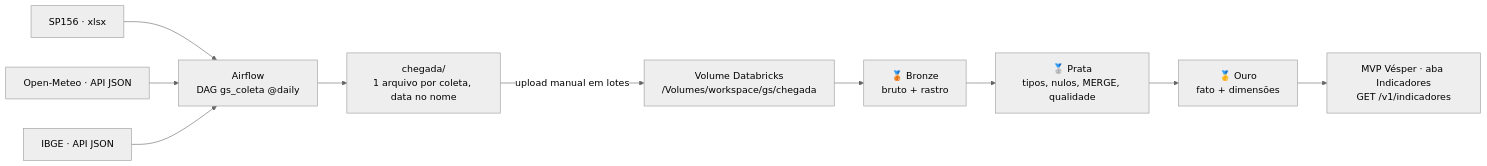
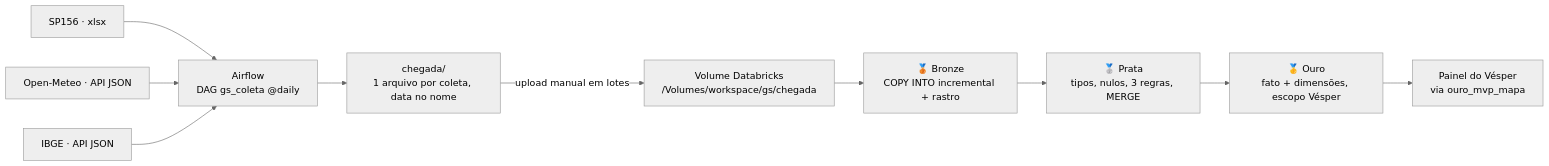
Before and after one commit to guilhermedaher10/Global-Solution_CitzenTech_2026: the diagram in 02-big-data/README.md, drawn with Mermaid (neutral theme). The commit also changed other lines of this file and 5 other files, not shown here.

First line of the commit message:
big-data: bronze incremental, prata com regras, ouro no escopo e painel (#55)

````diff
--- a/02-big-data/README.md
+++ b/02-big-data/README.md
@@ -29,12 +33,12 @@
 ```mermaid
 flowchart LR
     A[SP156 · xlsx] --> D[Airflow<br/>DAG gs_coleta @daily]
     B[Open-Meteo · API JSON] --> D
     C[IBGE · API JSON] --> D
     D --> E[chegada/<br/>1 arquivo por coleta, data no nome]
     E -->|upload manual em lotes| F[Volume Databricks<br/>/Volumes/workspace/gs/chegada]
-    F --> G[🥉 Bronze<br/>bruto + rastro]
-    G --> H[🥈 Prata<br/>tipos, nulos, MERGE, qualidade]
-    H --> I[🥇 Ouro<br/>fato + dimensões]
-    I --> J[MVP Vésper · aba Indicadores<br/>GET /v1/indicadores]
+    F --> G[🥉 Bronze<br/>COPY INTO incremental + rastro]
+    G --> H[🥈 Prata<br/>tipos, nulos, 3 regras, MERGE]
+    H --> I[🥇 Ouro<br/>fato + dimensões, escopo Vésper]
+    I --> J[Painel do Vésper<br/>via ouro_mvp_mapa]
 ```
````
